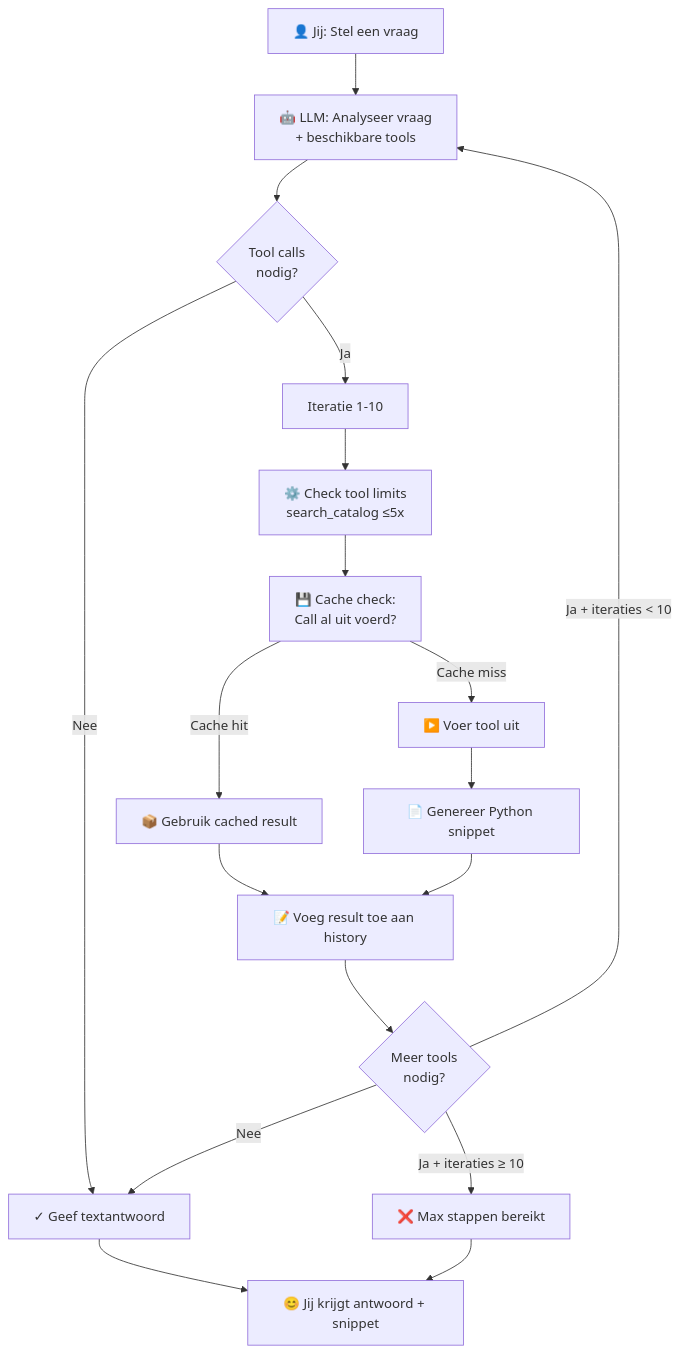
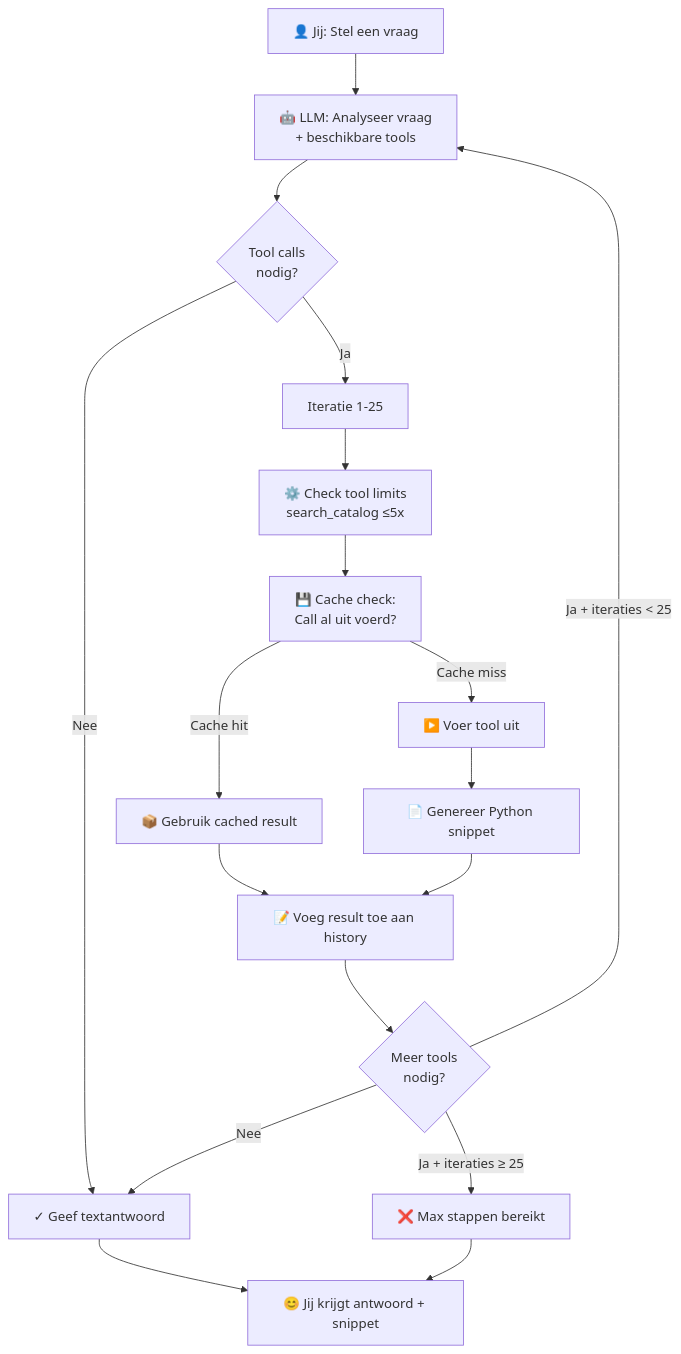
Before and after one commit to cedanl/onderwijsdata-chat: the first of 6 diagrams in docs/tools.md, drawn with Mermaid. The commit also changed other lines of this file and 6 other files, not shown here.

````diff
--- a/docs/tools.md
+++ b/docs/tools.md
@@ -26,25 +26,25 @@
 ```mermaid
 flowchart TD
     Start["👤 Jij: Stel een vraag"] --> LLM["🤖 LLM: Analyseer vraag<br/>+ beschikbare tools"]
     LLM --> Decision1{Tool calls<br/>nodig?}
     
     Decision1 -->|Nee| FinalAnswer["✓ Geef textantwoord"]
     FinalAnswer --> End["😊 Jij krijgt antwoord + snippet"]
     
-    Decision1 -->|Ja| Iterate["Iteratie 1-10"]
+    Decision1 -->|Ja| Iterate["Iteratie 1-25"]
     Iterate --> CheckLimit["⚙️ Check tool limits<br/>search_catalog ≤5x"]
     CheckLimit --> CheckCache["💾 Cache check:<br/>Call al uit voerd?"]
     
     CheckCache -->|Cache hit| ReturnCached["📦 Gebruik cached result"]
     CheckCache -->|Cache miss| Execute["▶️ Voer tool uit"]
     
     ReturnCached --> AddToHistory["📝 Voeg result toe aan history"]
     Execute --> GenerateSnippet["📄 Genereer Python snippet"]
     GenerateSnippet --> AddToHistory
     
     AddToHistory --> NextIter{Meer tools<br/>nodig?}
-    NextIter -->|Ja + iteraties < 10| LLM
-    NextIter -->|Ja + iteraties ≥ 10| ErrorMax["❌ Max stappen bereikt"]
+    NextIter -->|Ja + iteraties < 25| LLM
+    NextIter -->|Ja + iteraties ≥ 25| ErrorMax["❌ Max stappen bereikt"]
     ErrorMax --> End
     NextIter -->|Nee| FinalAnswer
 ```
````
